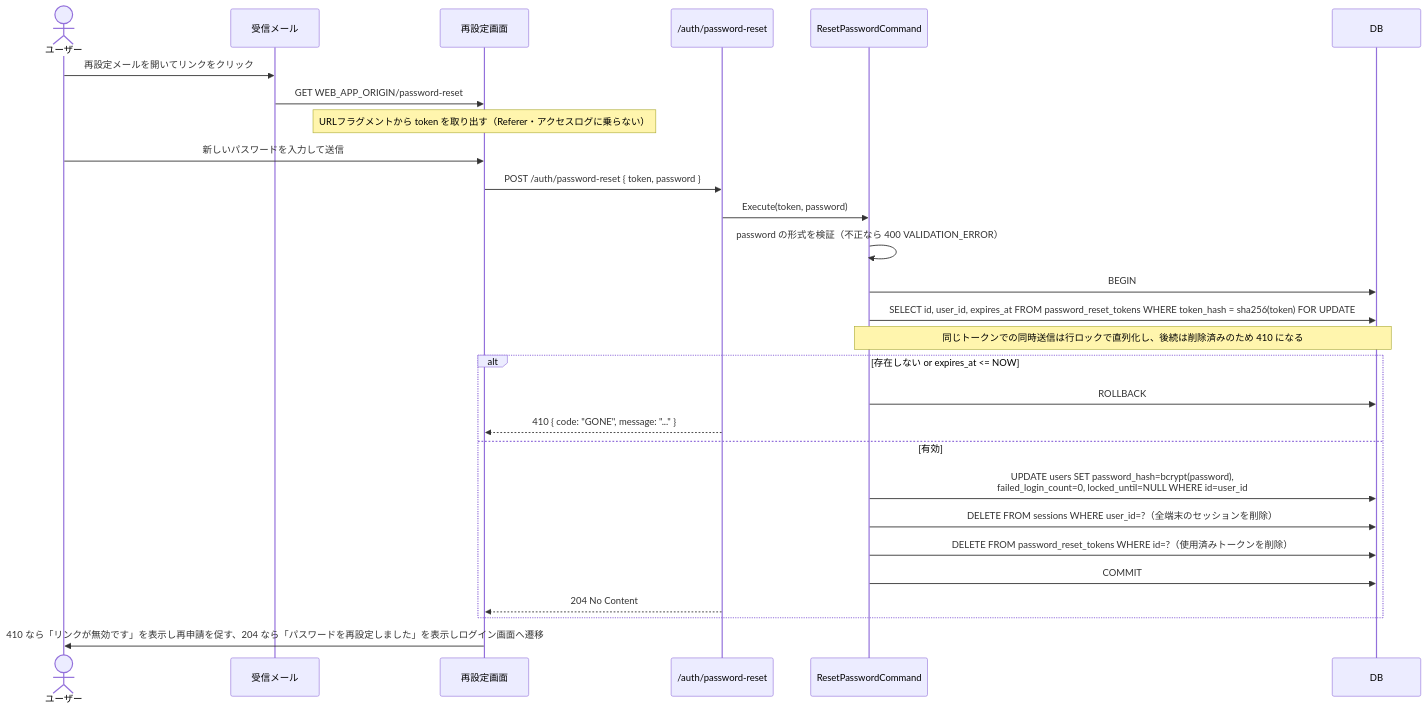
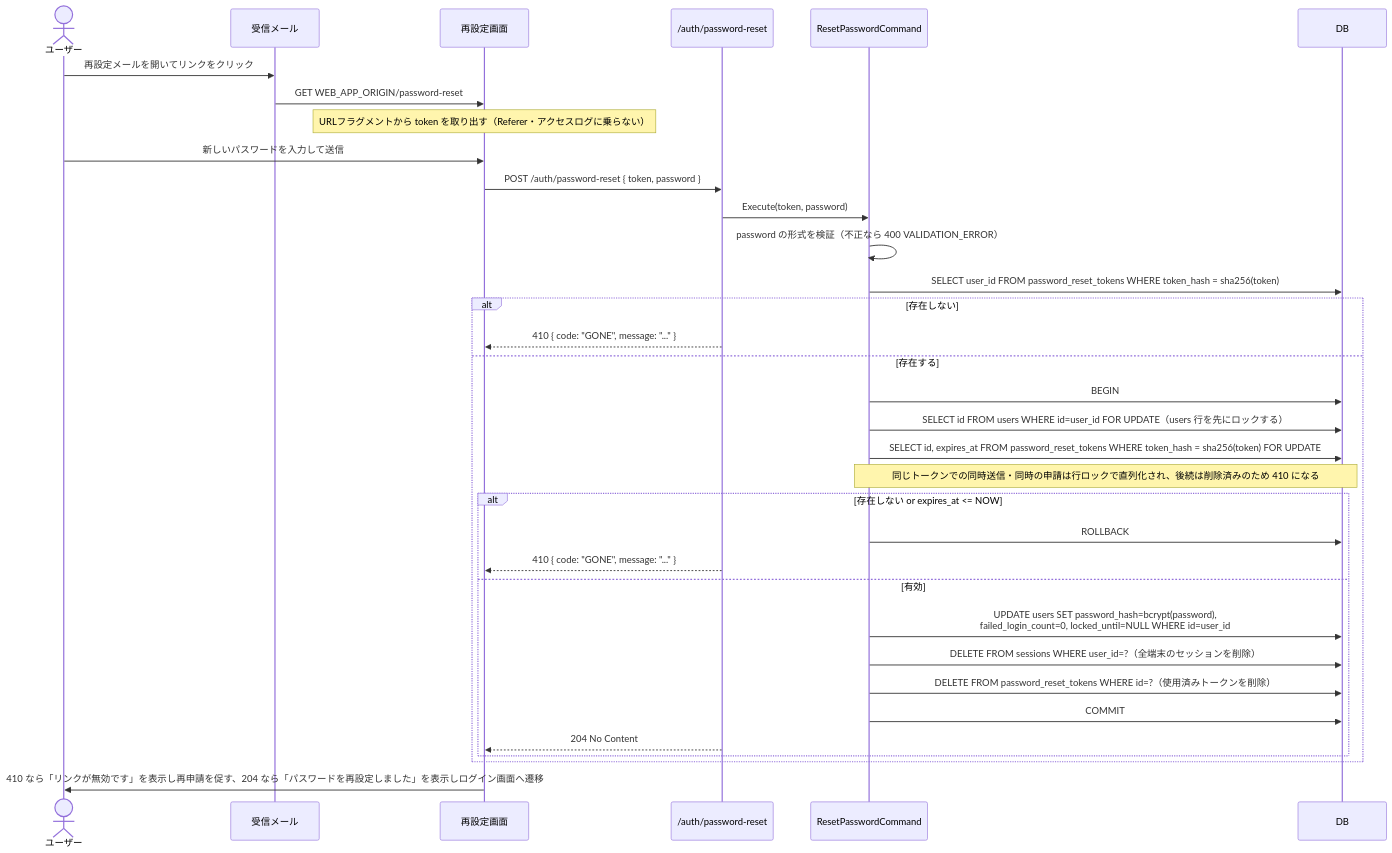
One commit to Haya372/ai-trial changed the third of 3 diagrams in docs/spec/SPEC-011-account-lock-password-reset.md. Above: the diagram before and after it, drawn with Mermaid. The commit also changed other lines of this file and 2 other files, not shown here.

First line of the commit message:
docs: Serialize login and reset on the users row lock

````diff
--- a/docs/spec/SPEC-011-account-lock-password-reset.md
+++ b/docs/spec/SPEC-011-account-lock-password-reset.md
@@ -305,31 +312,37 @@
 ```mermaid
 sequenceDiagram
     actor User as ユーザー
     participant Mail as 受信メール
     participant UI as 再設定画面
     participant API as /auth/password-reset
     participant UC as ResetPasswordCommand
     participant DB
 
     User->>Mail: 再設定メールを開いてリンクをクリック
     Mail->>UI: GET WEB_APP_ORIGIN/password-reset#token=<token>
     Note over UI: URLフラグメントから token を取り出す（Referer・アクセスログに乗らない）
     User->>UI: 新しいパスワードを入力して送信
     UI->>API: POST /auth/password-reset { token, password }
     API->>UC: Execute(token, password)
     UC->>UC: password の形式を検証（不正なら 400 VALIDATION_ERROR）
+    UC->>DB: SELECT user_id FROM password_reset_tokens WHERE token_hash = sha256(token)
+    alt 存在しない
+        API-->>UI: 410 { code: "GONE", message: "..." }
+    else 存在する
     UC->>DB: BEGIN
-    UC->>DB: SELECT id, user_id, expires_at FROM password_reset_tokens WHERE token_hash = sha256(token) FOR UPDATE
-    Note over UC,DB: 同じトークンでの同時送信は行ロックで直列化し、後続は削除済みのため 410 になる
+    UC->>DB: SELECT id FROM users WHERE id=user_id FOR UPDATE（users 行を先にロックする）
+    UC->>DB: SELECT id, expires_at FROM password_reset_tokens WHERE token_hash = sha256(token) FOR UPDATE
+    Note over UC,DB: 同じトークンでの同時送信・同時の申請は行ロックで直列化され、後続は削除済みのため 410 になる
     alt 存在しない or expires_at <= NOW
         UC->>DB: ROLLBACK
         API-->>UI: 410 { code: "GONE", message: "..." }
     else 有効
         UC->>DB: UPDATE users SET password_hash=bcrypt(password),<br/>failed_login_count=0, locked_until=NULL WHERE id=user_id
         UC->>DB: DELETE FROM sessions WHERE user_id=?（全端末のセッションを削除）
         UC->>DB: DELETE FROM password_reset_tokens WHERE id=?（使用済みトークンを削除）
         UC->>DB: COMMIT
         API-->>UI: 204 No Content
     end
+    end
     UI->>User: 410 なら「リンクが無効です」を表示し再申請を促す、204 なら「パスワードを再設定しました」を表示しログイン画面へ遷移
 ```
````
